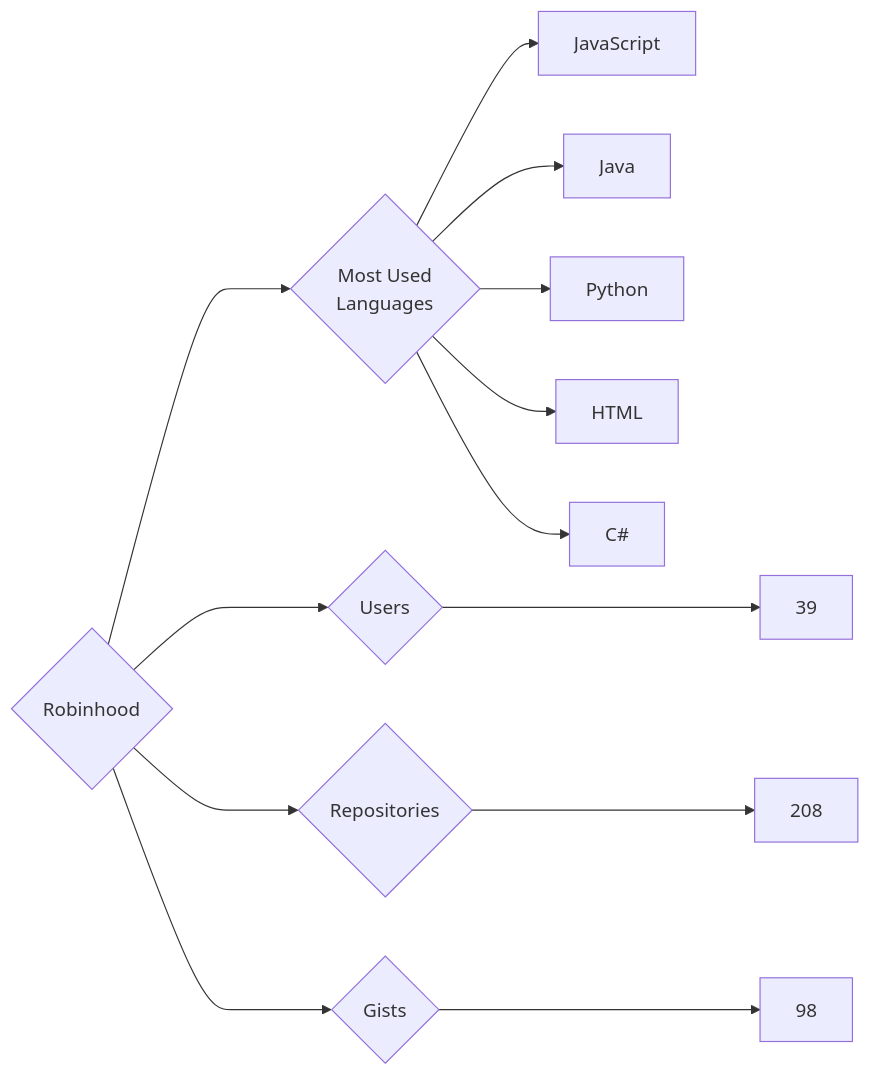
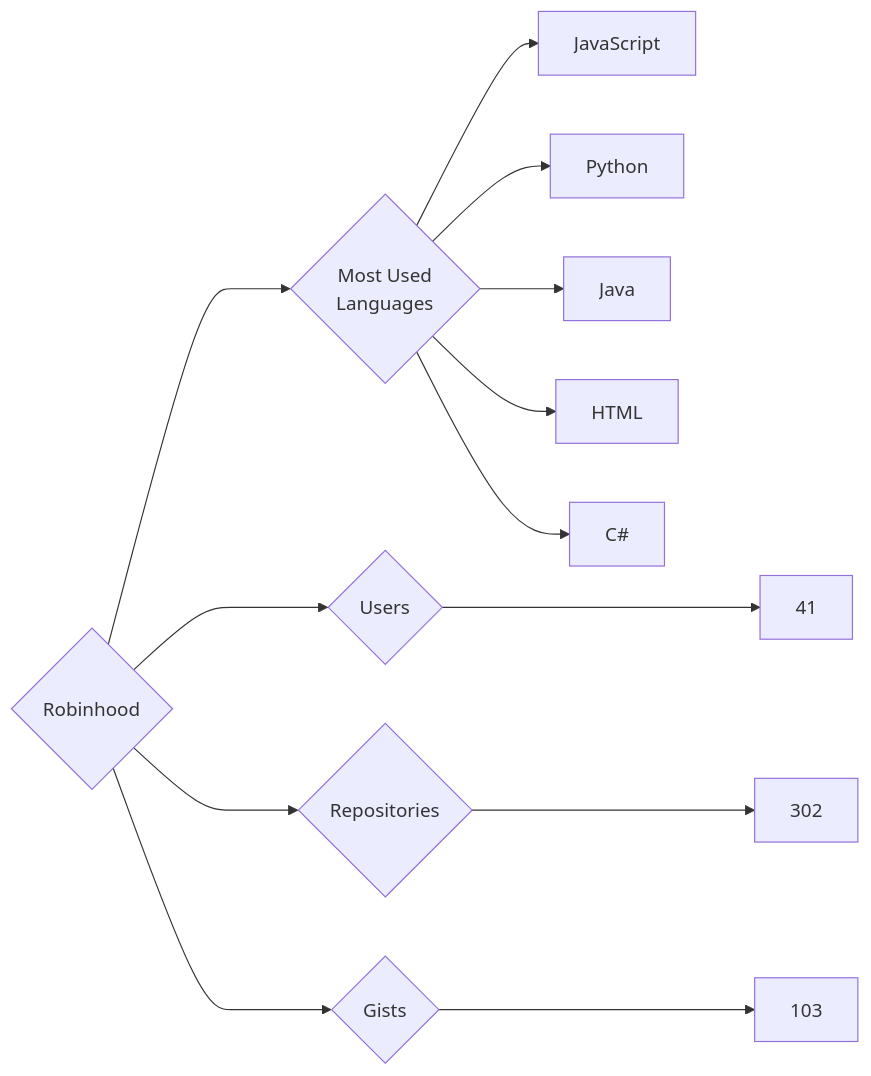
Before and after one commit to trickest/insiders: the diagram in targets/Robinhood/README.md, drawn with Mermaid. The commit also changed 1011 other files, not shown here.

````diff
--- a/targets/Robinhood/README.md
+++ b/targets/Robinhood/README.md
@@ -3,13 +3,13 @@
 ```mermaid
 graph LR
 COMPANY_NAME{Robinhood}
-COMPANY_NAME ---> U{Users} ---> UN[39]
-COMPANY_NAME ---> R{Repositories} ---> RN[208]
-COMPANY_NAME ---> G{Gists} ---> GN[98]
+COMPANY_NAME ---> U{Users} ---> UN[41]
+COMPANY_NAME ---> R{Repositories} ---> RN[302]
+COMPANY_NAME ---> G{Gists} ---> GN[103]
 COMPANY_NAME ---> ML{Most Used<br>Languages}
 ML --> JavaScript[JavaScript]
+ML --> Python[Python]
 ML --> Java[Java]
-ML --> Python[Python]
 ML --> HTML[HTML]
 ML --> C#[C#]
 ```
````
